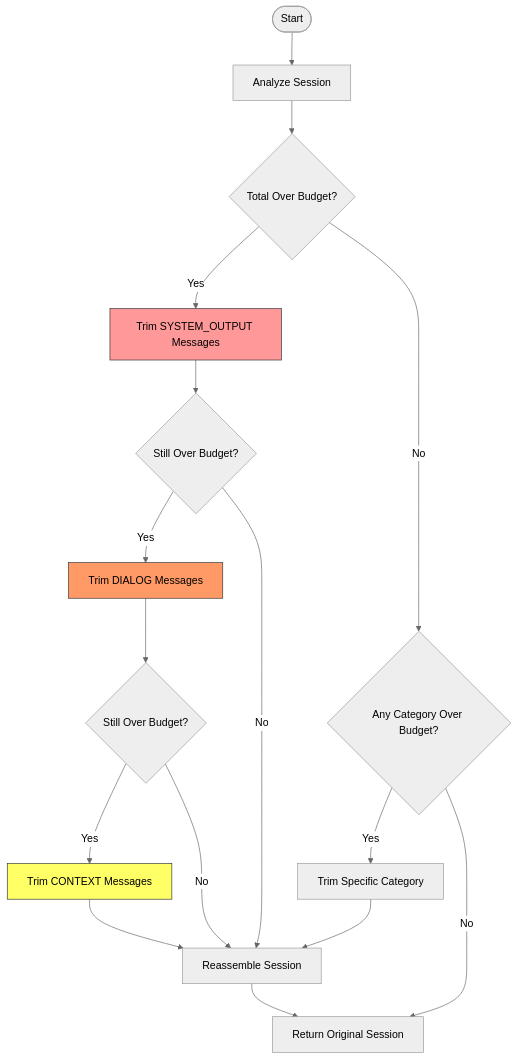
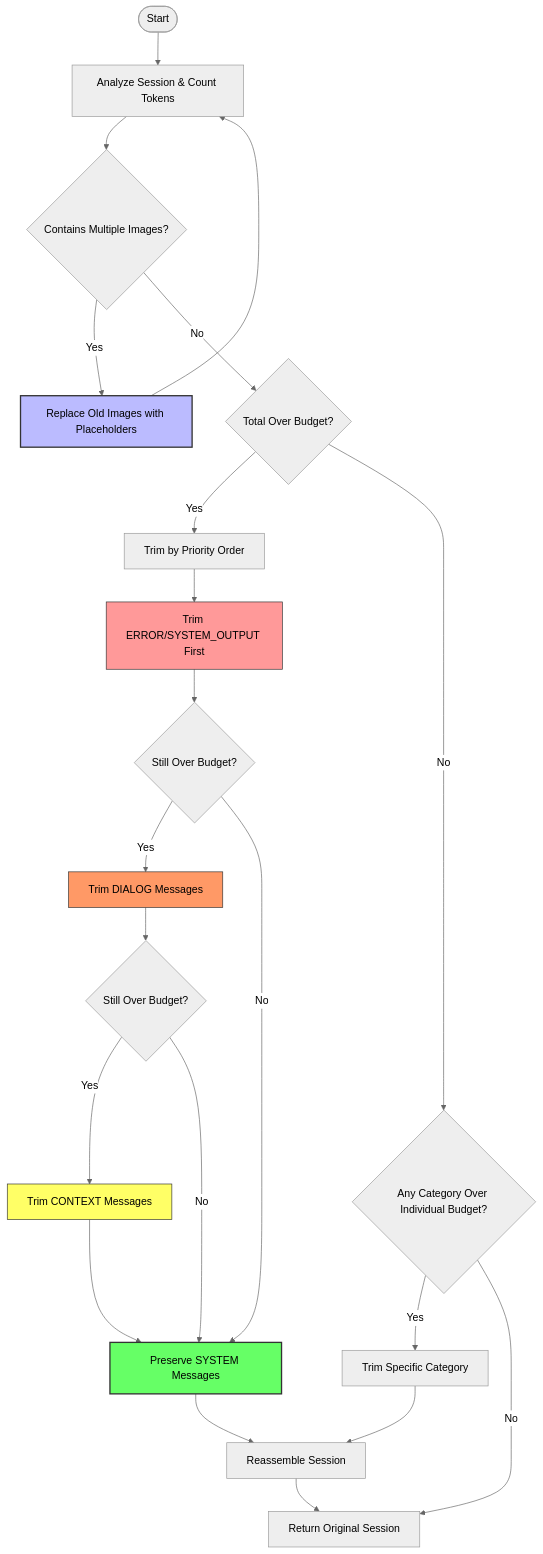
The second of 3 diagrams in docs/docs/system/context-window.md (Maximooch/penguin), drawn with Mermaid (neutral theme) before and after one commit. The commit also changed other lines of this file and 6 other files, not shown here.

````diff
--- a/docs/docs/system/context-window.md
+++ b/docs/docs/system/context-window.md
@@ -36,28 +46,39 @@
 ```mermaid
 flowchart TD
-    Start([Start]) --> AnalyzeSession[Analyze Session]
-    AnalyzeSession --> CheckBudget{Total Over Budget?}
-    
-    CheckBudget -- Yes --> TrimLowPriority[Trim SYSTEM_OUTPUT Messages]
-    TrimLowPriority --> CheckAgain1{Still Over Budget?}
-    
-    CheckAgain1 -- Yes --> TrimDialog[Trim DIALOG Messages]
-    TrimDialog --> CheckAgain2{Still Over Budget?}
-    
-    CheckAgain2 -- Yes --> TrimContext[Trim CONTEXT Messages]
-    TrimContext --> Reassemble[Reassemble Session]
-    
-    CheckAgain2 -- No --> Reassemble
-    CheckAgain1 -- No --> Reassemble
-    CheckBudget -- No --> CategoryCheck{Any Category Over Budget?}
-    
-    CategoryCheck -- Yes --> TrimCategory[Trim Specific Category]
-    TrimCategory --> Reassemble
+    Start([Start]) --> AnalyzeSession[Analyze Session & Count Tokens]
+    AnalyzeSession --> ImageCheck{Contains Multiple Images?}
+
+    ImageCheck -- Yes --> HandleImages[Replace Old Images with Placeholders]
+    HandleImages --> AnalyzeSession
+
+    ImageCheck -- No --> CheckBudget{Total Over Budget?}
+
+    CheckBudget -- Yes --> PriorityTrim[Trim by Priority Order]
+    PriorityTrim --> TrimLowest[Trim ERROR/SYSTEM_OUTPUT First]
+    TrimLowest --> CheckBudget1{Still Over Budget?}
+
+    CheckBudget1 -- Yes --> TrimDialog[Trim DIALOG Messages]
+    TrimDialog --> CheckBudget2{Still Over Budget?}
+
+    CheckBudget2 -- Yes --> TrimContext[Trim CONTEXT Messages]
+    TrimContext --> PreserveSystem[Preserve SYSTEM Messages]
+    PreserveSystem --> Reassemble[Reassemble Session]
+
+    CheckBudget2 -- No --> PreserveSystem
+    CheckBudget1 -- No --> PreserveSystem
+
+    CheckBudget -- No --> CategoryCheck{Any Category Over Individual Budget?}
+
+    CategoryCheck -- Yes --> TrimSpecific[Trim Specific Category]
+    TrimSpecific --> Reassemble
+
     CategoryCheck -- No --> Return[Return Original Session]
-    
+
     Reassemble --> Return
-    
-    style TrimLowPriority fill:#f99,stroke:#333
+
+    style HandleImages fill:#bbf,stroke:#333,stroke-width:2px
+    style TrimLowest fill:#f99,stroke:#333
     style TrimDialog fill:#f96,stroke:#333
     style TrimContext fill:#ff6,stroke:#333
+    style PreserveSystem fill:#6f6,stroke:#333,stroke-width:2px
 ```
````
